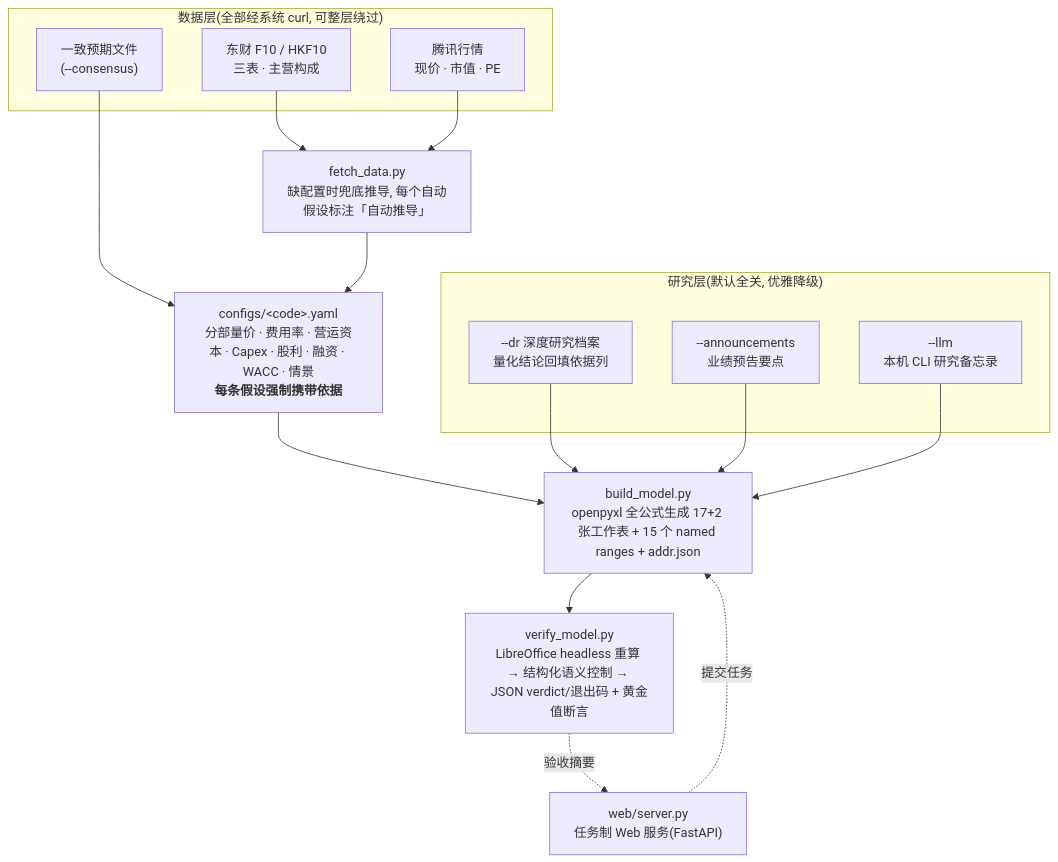
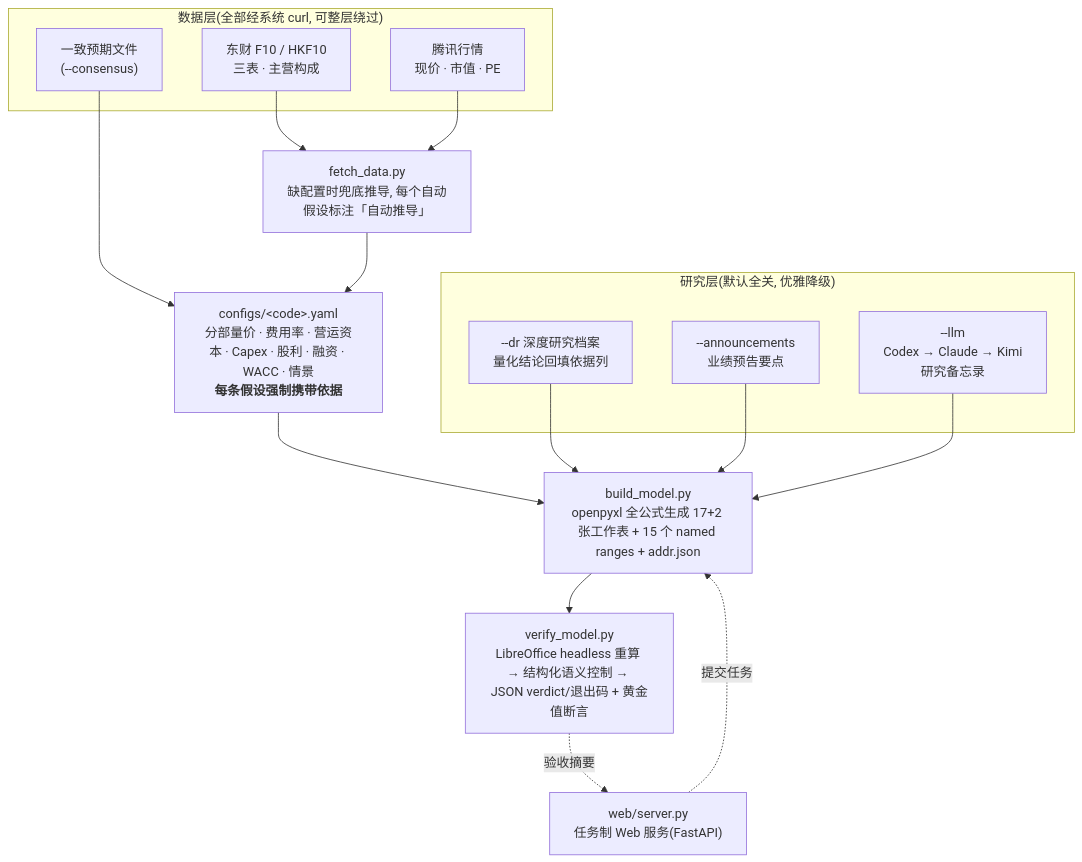
Before and after one commit to cloveric/astock-dcf-model: the second of 2 diagrams in README.md, drawn with Mermaid. The commit also changed other lines of this file and 8 other files, not shown here.

Commit message:
feat: add Codex-first LLM routing

````diff
--- a/README.md
+++ b/README.md
@@ -78,30 +108,30 @@
 ```mermaid
 flowchart TB
     subgraph L1["数据层(全部经系统 curl, 可整层绕过)"]
         EM["东财 F10 / HKF10<br/>三表 · 主营构成"]
         QT["腾讯行情<br/>现价 · 市值 · PE"]
         CS["一致预期文件<br/>(--consensus)"]
     end
     FD["fetch_data.py<br/>缺配置时兜底推导, 每个自动假设标注「自动推导」"]
     CFG["configs/&lt;code&gt;.yaml<br/>分部量价 · 费用率 · 营运资本 · Capex · 股利 · 融资 · WACC · 情景<br/><b>每条假设强制携带依据</b>"]
     subgraph L3["研究层(默认全关, 优雅降级)"]
         DR["--dr 深度研究档案<br/>量化结论回填依据列"]
         AN["--announcements<br/>业绩预告要点"]
-        LLM["--llm<br/>本机 CLI 研究备忘录"]
+        LLM["--llm<br/>Codex → Claude → Kimi<br/>研究备忘录"]
     end
     BM["build_model.py<br/>openpyxl 全公式生成 17+2 张工作表 + 15 个 named ranges + addr.json"]
     VM["verify_model.py<br/>LibreOffice headless 重算 → 结构化语义控制 → JSON verdict/退出码 + 黄金值断言"]
     WEB["web/server.py<br/>任务制 Web 服务(FastAPI)"]
 
     EM --> FD
     QT --> FD
     CS --> CFG
     FD --> CFG
     CFG --> BM
     DR --> BM
     AN --> BM
     LLM --> BM
     BM --> VM
     WEB -.提交任务.-> BM
     VM -.验收摘要.-> WEB
 ```
````
